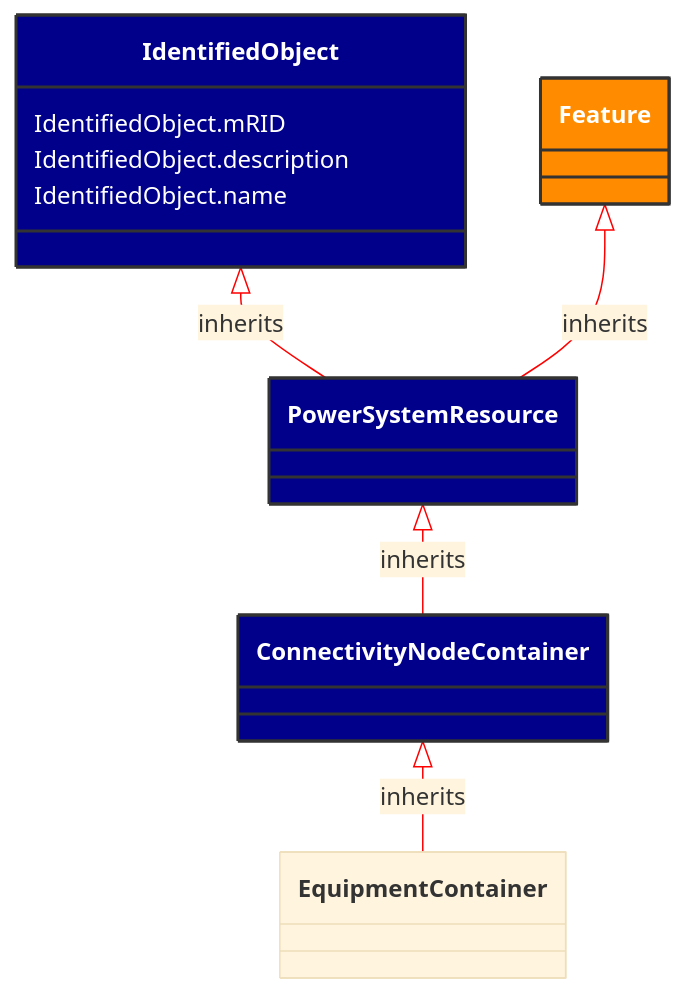
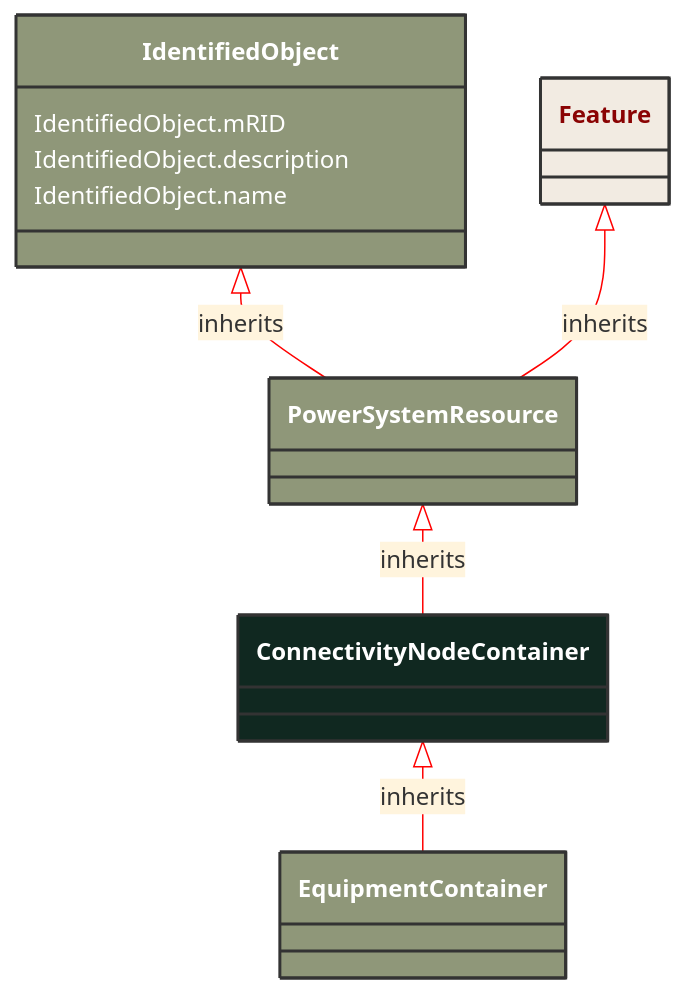
Before and after one commit to 3lbits/NoCIMExtensions: the diagram in docs/Models/Profiles/WattApp/AbstractClasses/ConnectivityNodeContainer.md, drawn with Mermaid. The commit also changed 190 other files, not shown here.

````diff
--- a/docs/Models/Profiles/WattApp/AbstractClasses/ConnectivityNodeContainer.md
+++ b/docs/Models/Profiles/WattApp/AbstractClasses/ConnectivityNodeContainer.md
@@ -10,33 +10,31 @@
 ```mermaid
 %%{init: {'theme':'base','themeVariables': {'lineColor': '#FF0000'}}}%%
 classDiagram
     class ConnectivityNodeContainer
     click ConnectivityNodeContainer href "/Models/Profiles/WattApp/AbstractClasses/ConnectivityNodeContainer/"
-    style ConnectivityNodeContainer fill:#006400,stroke:#333,stroke-width:2px,rx:10,ry:10,color:white
+    style ConnectivityNodeContainer fill:#102820,stroke:#333,stroke-width:2px,rx:10,ry:10,color:white
 
         ConnectivityNodeContainer <|-- EquipmentContainer : inherits
-            click ConnectivityNodeContainer href "/Models/Profiles/WattApp/AbstractClasses/ConnectivityNodeContainer/"
-            style ConnectivityNodeContainer fill:#00008B,stroke:#333,stroke-width:2px,rx:10,ry:10,color:white
 
         EquipmentContainer
             click EquipmentContainer href "/Models/Profiles/WattApp/AbstractClasses/EquipmentContainer/"
-            style ConnectivityNodeContainer fill:#00008B,stroke:#333,stroke-width:2px,rx:10,ry:10,color:white
-
+            style EquipmentContainer fill:#8F9779,stroke:#333,stroke-width:2px,rx:10,ry:10,color:white
+     
         PowerSystemResource <|-- ConnectivityNodeContainer : inherits
             click PowerSystemResource href "/Models/Profiles/WattApp/AbstractClasses/PowerSystemResource/"
-            style PowerSystemResource fill:#00008B,stroke:#333,stroke-width:2px,rx:10,ry:10,color:white
-
+            style PowerSystemResource fill:#8F9779,stroke:#333,stroke-width:2px,rx:10,ry:10,color:white
+     
         IdentifiedObject <|-- PowerSystemResource : inherits
             click IdentifiedObject href "/Models/Profiles/WattApp/AbstractClasses/IdentifiedObject/"
-            style IdentifiedObject fill:#00008B,stroke:#333,stroke-width:2px,rx:10,ry:10,color:white
+            style IdentifiedObject fill:#8F9779,stroke:#333,stroke-width:2px,rx:10,ry:10,color:white
 
         Feature <|-- PowerSystemResource : inherits
             click Feature href "/Models/Profiles/WattApp/ConcreteClasses/Feature/"
-            style Feature fill:#FF8C00,stroke:#333,stroke-width:2px,rx:10,ry:10,color:white
+            style Feature fill:#F2EBE2,stroke:#333,stroke-width:2px,rx:10,ry:10,color:#8A0303
 
 
 
         IdentifiedObject : IdentifiedObject.mRID
         IdentifiedObject : IdentifiedObject.description
         IdentifiedObject : IdentifiedObject.name
 ```
````
